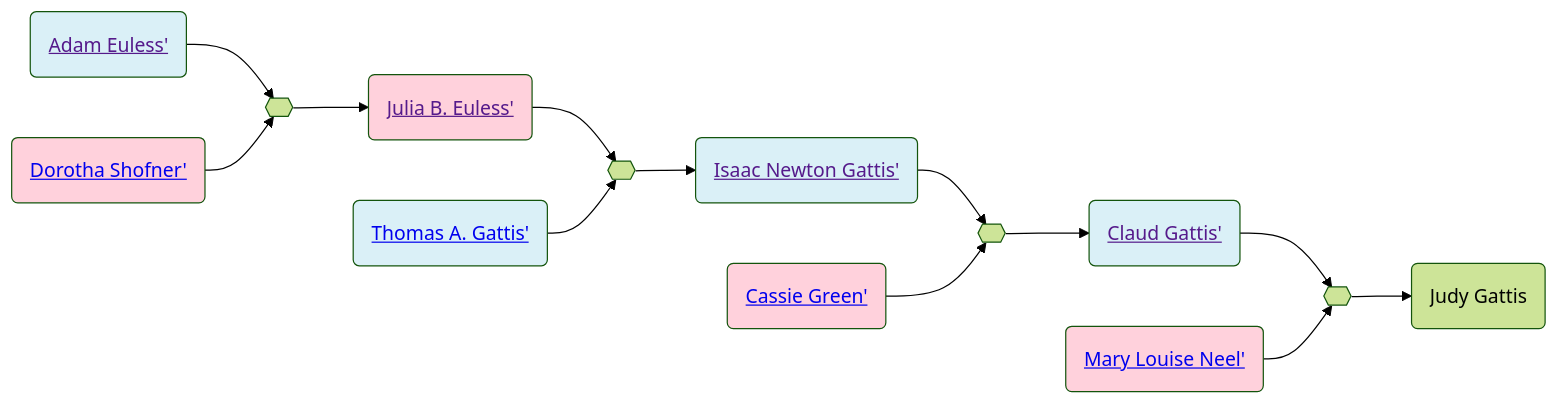
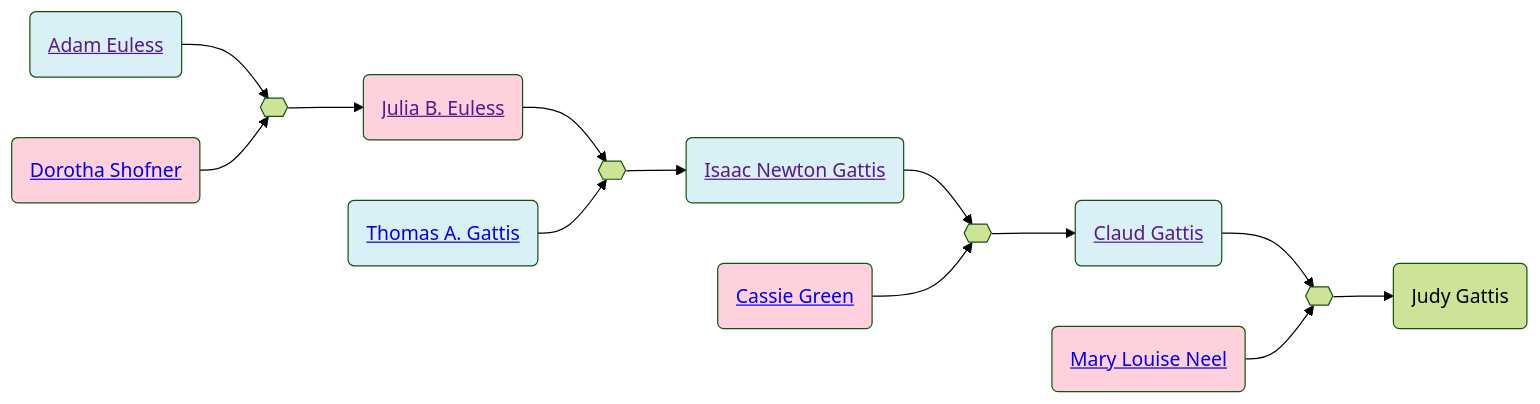
The second of 2 diagrams in familyhistory/sources/people/Gattis-line/Euless-line/Adam_Euless.qmd (neelsmith/avocational), drawn with Mermaid (forest theme) before and after one commit. The commit also changed other lines of this file and 96 other files, not shown here.

````diff
--- a/familyhistory/sources/people/Gattis-line/Euless-line/Adam_Euless.qmd
+++ b/familyhistory/sources/people/Gattis-line/Euless-line/Adam_Euless.qmd
@@ -43,32 +43,32 @@
 ```{mermaid}
 graph LR
 %% LR descendant diagram
 class Adam_Euless_and_Dorotha_Shofner marriage
-Adam_Euless(<a href=''>Adam Euless'</>) --> Adam_Euless_and_Dorotha_Shofner{{ }}
-Dorotha_Shofner(<a href='./Dorotha_Shofner.html'>Dorotha Shofner'</>) --> Adam_Euless_and_Dorotha_Shofner{{ }}
+Adam_Euless(<a href=''>Adam Euless</a>) --> Adam_Euless_and_Dorotha_Shofner{{ }}
+Dorotha_Shofner(<a href='./Dorotha_Shofner.html'>Dorotha Shofner</a>) --> Adam_Euless_and_Dorotha_Shofner{{ }}
 class Adam_Euless father
 class Dorotha_Shofner mother
-Adam_Euless_and_Dorotha_Shofner{{ }} --> Julia_B._Euless(<a href='./Julia_B._Euless.html'>Julia B. Euless'</>)
+Adam_Euless_and_Dorotha_Shofner{{ }} --> Julia_B._Euless(<a href='./Julia_B._Euless.html'>Julia B. Euless</a>)
 class Julia_B._Euless_and_Thomas_A._Gattis marriage
-Julia_B._Euless(<a href=''>Julia B. Euless'</>) --> Julia_B._Euless_and_Thomas_A._Gattis{{ }}
-Thomas_A._Gattis(<a href='./../Thomas_A._Gattis.html'>Thomas A. Gattis'</>) --> Julia_B._Euless_and_Thomas_A._Gattis{{ }}
+Julia_B._Euless(<a href=''>Julia B. Euless</a>) --> Julia_B._Euless_and_Thomas_A._Gattis{{ }}
+Thomas_A._Gattis(<a href='./../Thomas_A._Gattis.html'>Thomas A. Gattis</a>) --> Julia_B._Euless_and_Thomas_A._Gattis{{ }}
 class Thomas_A._Gattis father
 class Julia_B._Euless mother
-Julia_B._Euless_and_Thomas_A._Gattis{{ }} --> Isaac_Newton_Gattis(<a href='./../Isaac_Newton_Gattis.html'>Isaac Newton Gattis'</>)
+Julia_B._Euless_and_Thomas_A._Gattis{{ }} --> Isaac_Newton_Gattis(<a href='./../Isaac_Newton_Gattis.html'>Isaac Newton Gattis</a>)
 class Isaac_Newton_Gattis_and_Cassie_Green marriage
-Isaac_Newton_Gattis(<a href=''>Isaac Newton Gattis'</>) --> Isaac_Newton_Gattis_and_Cassie_Green{{ }}
-Cassie_Green(<a href='./Green-line/Cassie_Green.html'>Cassie Green'</>) --> Isaac_Newton_Gattis_and_Cassie_Green{{ }}
+Isaac_Newton_Gattis(<a href=''>Isaac Newton Gattis</a>) --> Isaac_Newton_Gattis_and_Cassie_Green{{ }}
+Cassie_Green(<a href='./Green-line/Cassie_Green.html'>Cassie Green</a>) --> Isaac_Newton_Gattis_and_Cassie_Green{{ }}
 class Isaac_Newton_Gattis father
 class Cassie_Green mother
-Isaac_Newton_Gattis_and_Cassie_Green{{ }} --> Claud_Gattis(<a href='./Claud_Gattis.html'>Claud Gattis'</>)
+Isaac_Newton_Gattis_and_Cassie_Green{{ }} --> Claud_Gattis(<a href='./Claud_Gattis.html'>Claud Gattis</a>)
 class Claud_Gattis_and_Mary_Louise_Neel marriage
-Claud_Gattis(<a href=''>Claud Gattis'</>) --> Claud_Gattis_and_Mary_Louise_Neel{{ }}
-Mary_Louise_Neel(<a href='./../Neel-line/Mary_Louise_Neel.html'>Mary Louise Neel'</>) --> Claud_Gattis_and_Mary_Louise_Neel{{ }}
+Claud_Gattis(<a href=''>Claud Gattis</a>) --> Claud_Gattis_and_Mary_Louise_Neel{{ }}
+Mary_Louise_Neel(<a href='./../Neel-line/Mary_Louise_Neel.html'>Mary Louise Neel</a>) --> Claud_Gattis_and_Mary_Louise_Neel{{ }}
 class Claud_Gattis father
 class Mary_Louise_Neel mother
 Claud_Gattis_and_Mary_Louise_Neel{{ }} --> Judy_Gattis(Judy Gattis)
 classDef mother fill:#ffd1dc
 classDef father fill:#daf0f7  
 classDef marriage fill:#ffffff
 
 ```
````
